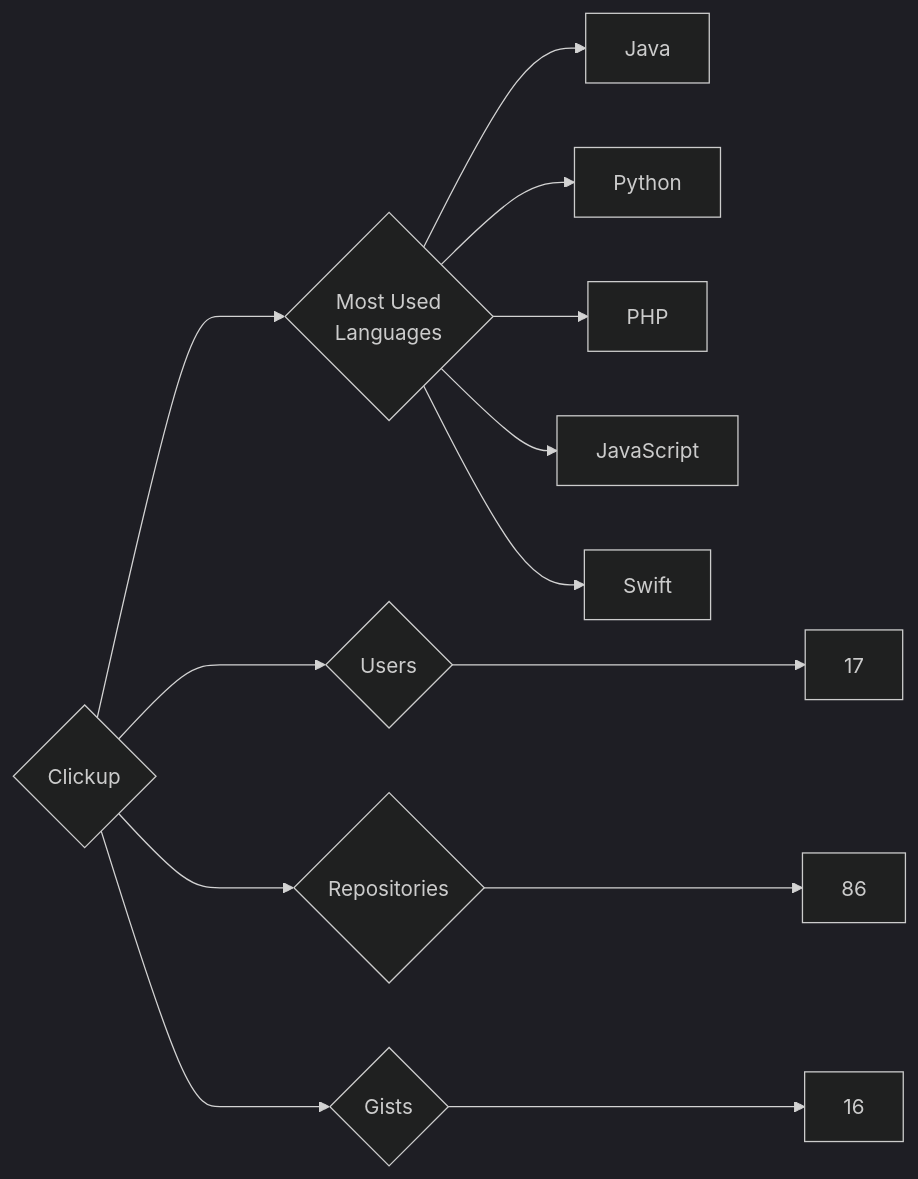
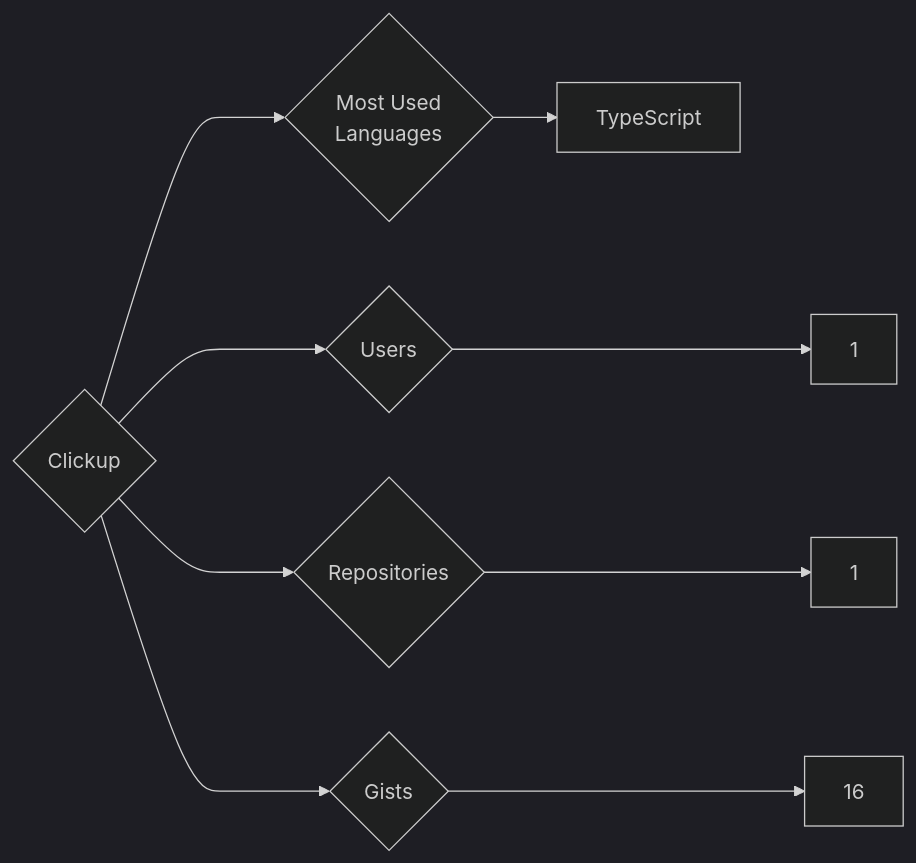
Before and after one commit to trickest/insiders: the diagram in targets/Clickup/README.md, drawn with Mermaid (dark theme). The commit also changed 681 other files, not shown here.

````diff
--- a/targets/Clickup/README.md
+++ b/targets/Clickup/README.md
@@ -3,13 +3,9 @@
 ```mermaid
 graph LR
 COMPANY_NAME{Clickup}
-COMPANY_NAME ---> U{Users} ---> UN[17]
-COMPANY_NAME ---> R{Repositories} ---> RN[86]
+COMPANY_NAME ---> U{Users} ---> UN[1]
+COMPANY_NAME ---> R{Repositories} ---> RN[1]
 COMPANY_NAME ---> G{Gists} ---> GN[16]
 COMPANY_NAME ---> ML{Most Used<br>Languages}
-ML --> Java[Java]
-ML --> Python[Python]
-ML --> PHP[PHP]
-ML --> JavaScript[JavaScript]
-ML --> Swift[Swift]
+ML --> TypeScript[TypeScript]
 ```
````
